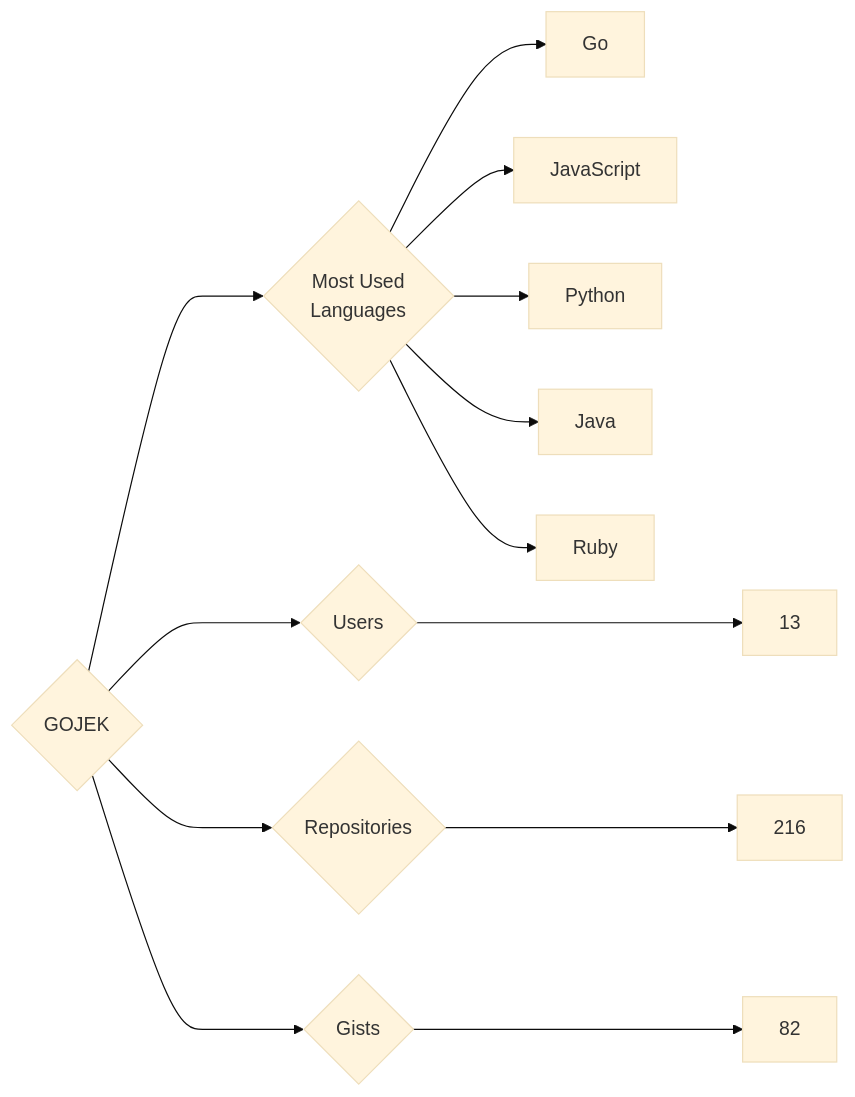
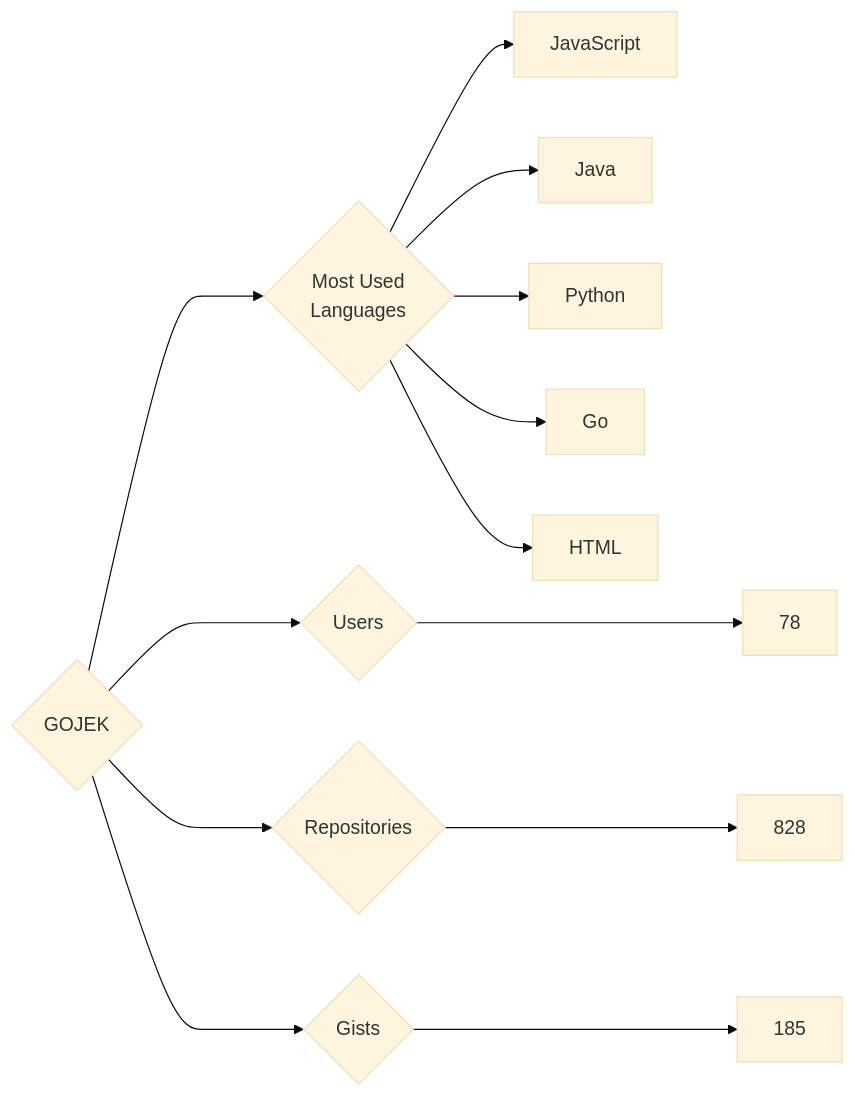
Before and after one commit to trickest/insiders: the diagram in targets/GOJEK/README.md, drawn with Mermaid (base theme). The commit also changed 749 other files, not shown here.

````diff
--- a/targets/GOJEK/README.md
+++ b/targets/GOJEK/README.md
@@ -3,13 +3,13 @@
 ```mermaid
 graph LR
 COMPANY_NAME{GOJEK}
-COMPANY_NAME ---> U{Users} ---> UN[13]
-COMPANY_NAME ---> R{Repositories} ---> RN[216]
-COMPANY_NAME ---> G{Gists} ---> GN[82]
+COMPANY_NAME ---> U{Users} ---> UN[78]
+COMPANY_NAME ---> R{Repositories} ---> RN[828]
+COMPANY_NAME ---> G{Gists} ---> GN[185]
 COMPANY_NAME ---> ML{Most Used<br>Languages}
+ML --> JavaScript[JavaScript]
+ML --> Java[Java]
+ML --> Python[Python]
 ML --> Go[Go]
-ML --> JavaScript[JavaScript]
-ML --> Python[Python]
-ML --> Java[Java]
-ML --> Ruby[Ruby]
+ML --> HTML[HTML]
 ```
````
